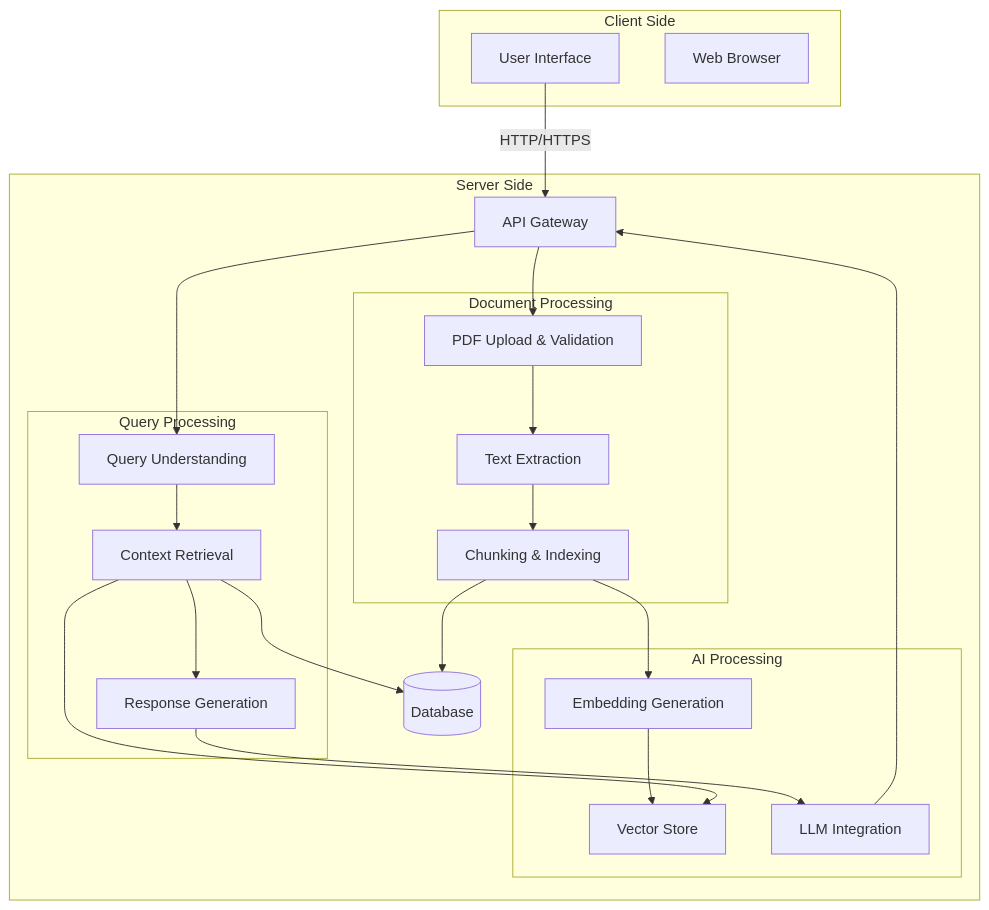
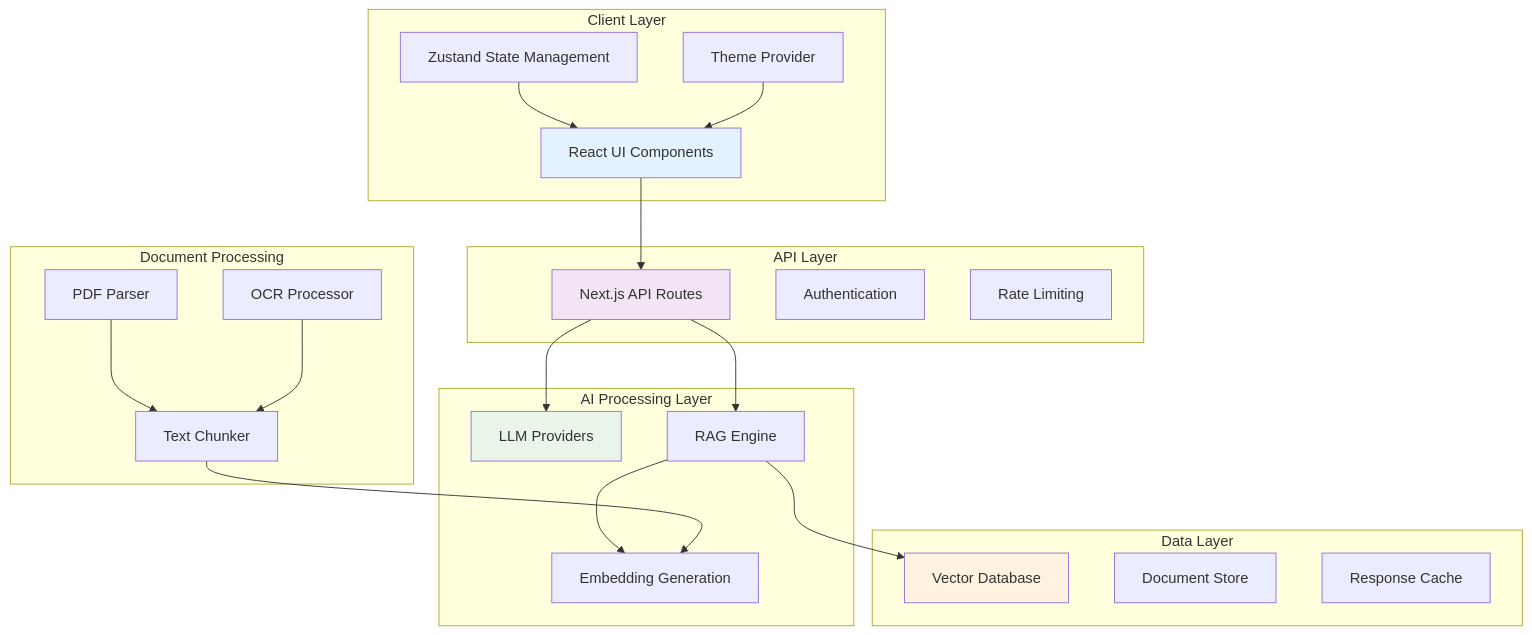
The second of 5 diagrams in README.md (Kedhareswer/QuantumPDF_ChatApp_VectorDB), drawn with Mermaid before and after one commit. The commit also changed other lines of this file and 9 other files, not shown here.

````diff
--- a/README.md
+++ b/README.md
@@ -61,42 +107,48 @@
 ```mermaid
-flowchart TD
-    subgraph Client[Client Side]
-        UI[User Interface]
-        Browser[Web Browser]
-    end
-
-    subgraph Server[Server Side]
-        API[API Gateway]
-        
-        subgraph "Document Processing"
-            DP1[PDF Upload & Validation]
-            DP2[Text Extraction]
-            DP3[Chunking & Indexing]
-        end
-        
-        subgraph "AI Processing"
-            AI1[Embedding Generation]
-            AI2[Vector Store]
-            AI3[LLM Integration]
-        end
-        
-        subgraph "Query Processing"
-            QP1[Query Understanding]
-            QP2[Context Retrieval]
-            QP3[Response Generation]
-        end
-        
-        DB[(Database)]
+graph TB
+    subgraph "Client Layer"
+        UI[React UI Components]
+        State[Zustand State Management]
+        Theme[Theme Provider]
     end
     
-    UI -->|HTTP/HTTPS| API
-    API --> DP1
-    DP1 --> DP2 --> DP3
-    DP3 --> AI1 --> AI2
-    API --> QP1
-    QP1 --> QP2 --> AI2
-    QP2 --> QP3 --> AI3
-    AI3 --> API
-    DP3 --> DB
-    QP2 --> DB
+    subgraph "API Layer"
+        API[Next.js API Routes]
+        Auth[Authentication]
+        Rate[Rate Limiting]
+    end
+    
+    subgraph "AI Processing Layer"
+        LLM[LLM Providers]
+        Embed[Embedding Generation]
+        RAG[RAG Engine]
+    end
+    
+    subgraph "Document Processing"
+        PDF[PDF Parser]
+        OCR[OCR Processor]
+        Chunk[Text Chunker]
+    end
+    
+    subgraph "Data Layer"
+        Vector[Vector Database]
+        Store[Document Store]
+        Cache[Response Cache]
+    end
+    
+    UI --> API
+    State --> UI
+    Theme --> UI
+    API --> LLM
+    API --> RAG
+    RAG --> Embed
+    RAG --> Vector
+    PDF --> Chunk
+    OCR --> Chunk
+    Chunk --> Embed
+    
+    style UI fill:#e3f2fd
+    style API fill:#f3e5f5
+    style LLM fill:#e8f5e8
+    style Vector fill:#fff3e0
 ```
````
